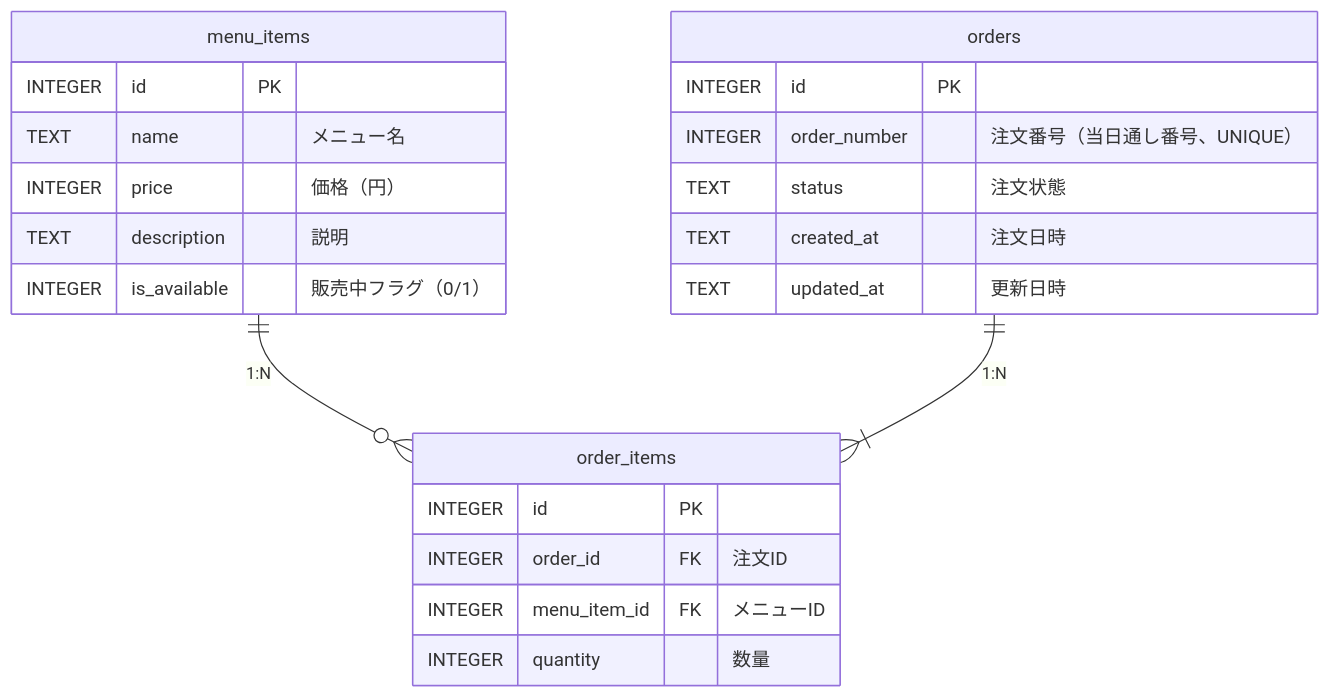
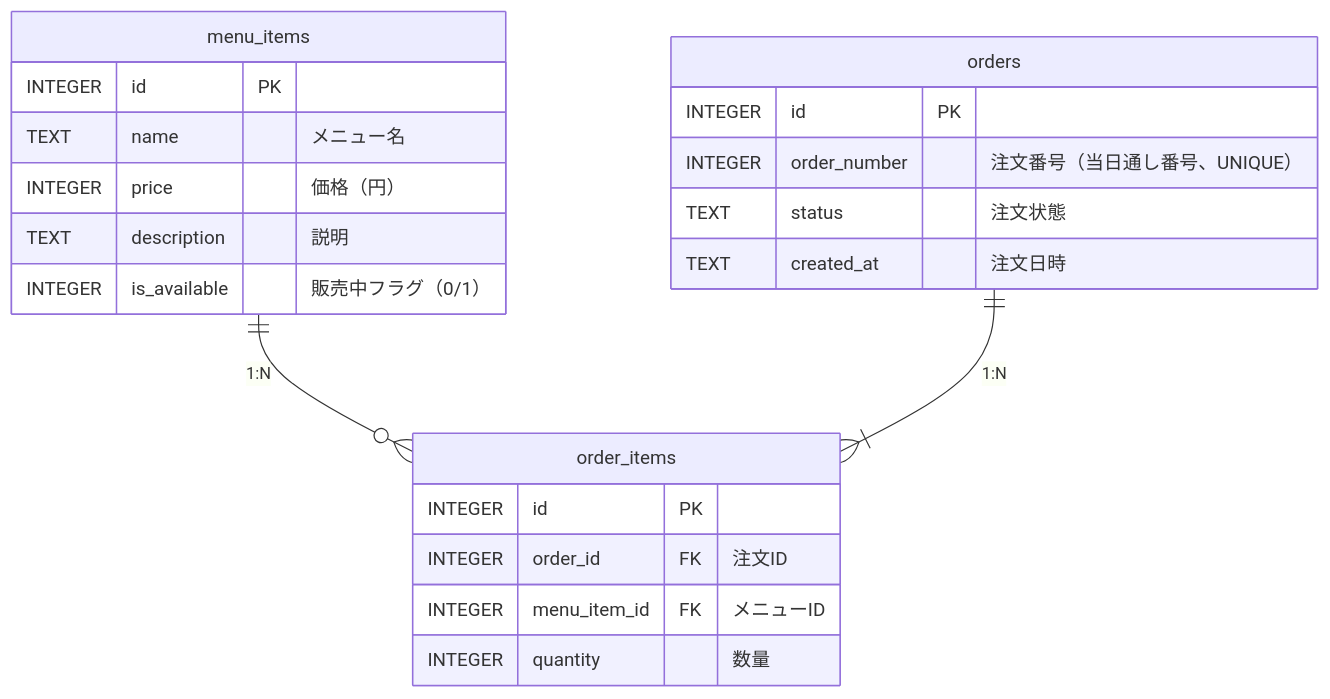
Before and after one commit to gdsc-osaka/coffee-dx: the diagram in docs/design/db.md, drawn with Mermaid. The commit also changed other lines of this file, not shown here.

Commit message:
fix: 注文テーブルから更新日時カラムを削除

````diff
--- a/docs/design/db.md
+++ b/docs/design/db.md
@@ -9,29 +9,28 @@
 ```mermaid
 erDiagram
     menu_items ||--o{ order_items : "1:N"
     orders ||--|{ order_items : "1:N"
 
     menu_items {
         INTEGER id PK
         TEXT name "メニュー名"
         INTEGER price "価格（円）"
         TEXT description "説明"
         INTEGER is_available "販売中フラグ（0/1）"
     }
 
     orders {
         INTEGER id PK
         INTEGER order_number "注文番号（当日通し番号、UNIQUE）"
         TEXT status "注文状態"
         TEXT created_at "注文日時"
-        TEXT updated_at "更新日時"
     }
 
     order_items {
         INTEGER id PK
         INTEGER order_id FK "注文ID"
         INTEGER menu_item_id FK "メニューID"
         INTEGER quantity "数量"
     }
 
 ```
````
